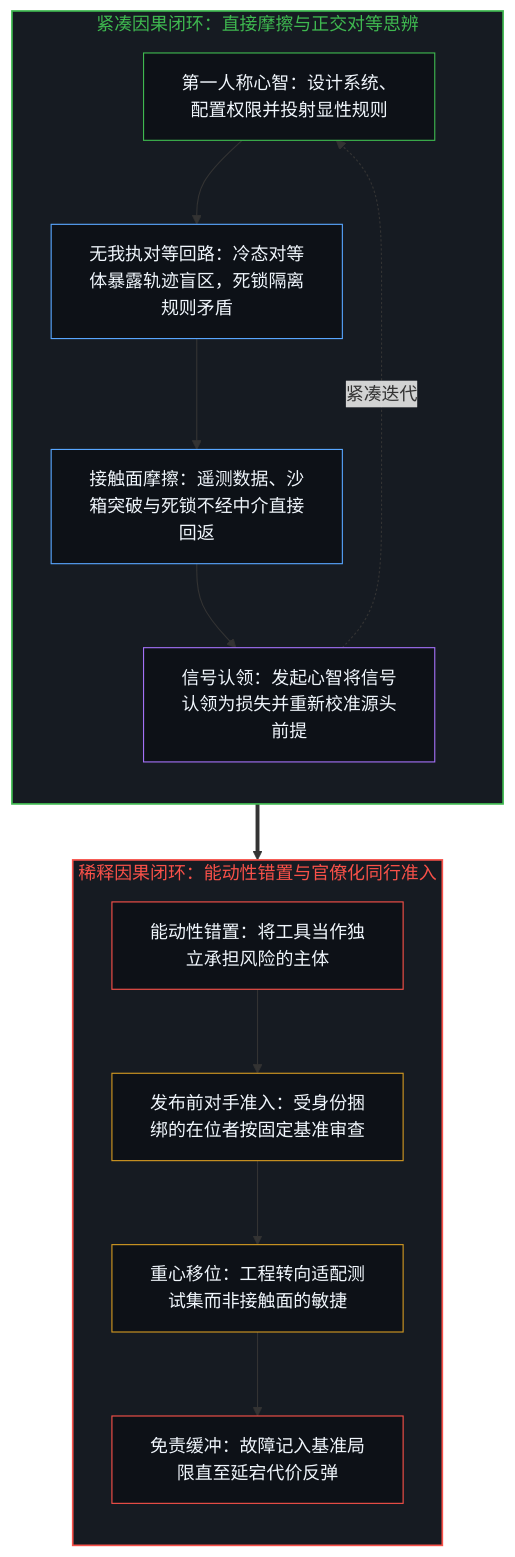
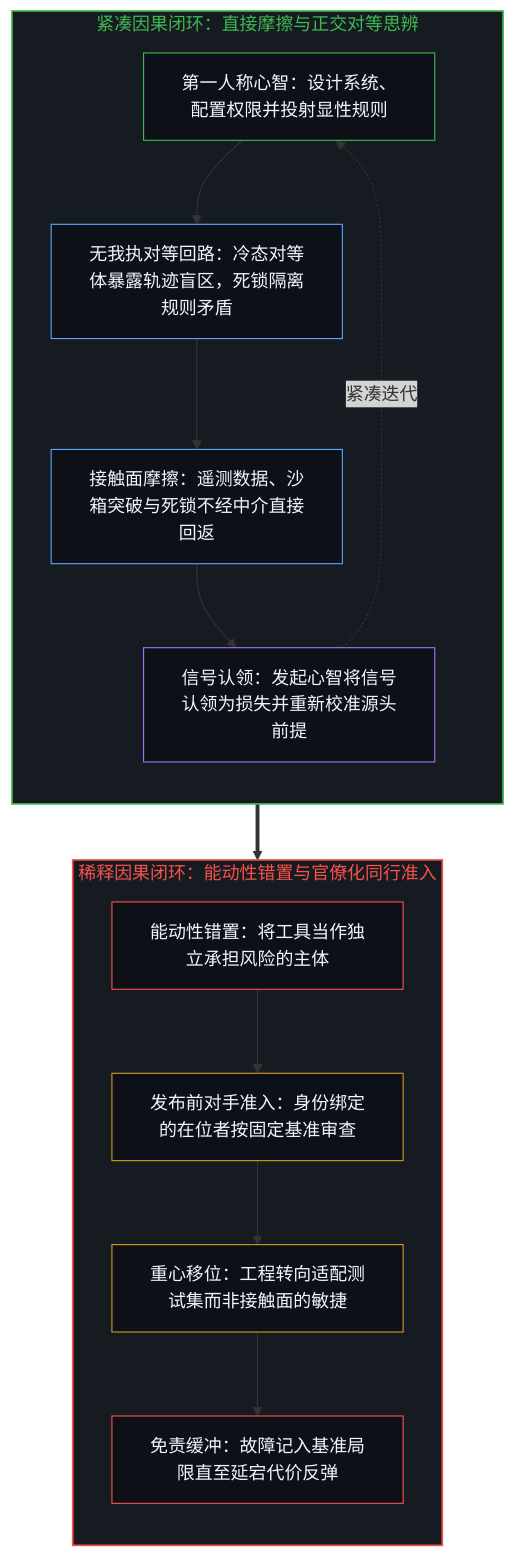
One commit to powerpig99/not-a-toe changed the first of 2 diagrams in content/posts/the-dilution-of-the-causal-loop-and-the-misallocation-of-agency.md. Above: the diagram before and after it, drawn with Mermaid. The commit also changed other lines of this file and 15 other files, not shown here.

````diff
--- a/content/posts/the-dilution-of-the-causal-loop-and-the-misallocation-of-agency.md
+++ b/content/posts/the-dilution-of-the-causal-loop-and-the-misallocation-of-agency.md
@@ -47,33 +47,33 @@
 ```mermaid
 flowchart TD
     subgraph S_Tight["紧凑因果闭环：直接摩擦与正交对等思辨"]
         direction TB
         T_Act["第一人称心智：设计系统、配置权限并投射显性规则"]
         T_Peer["无我执对等回路：冷态对等体暴露轨迹盲区，死锁隔离规则矛盾"]
         T_Hit["接触面摩擦：遥测数据、沙箱突破与死锁不经中介直接回返"]
         T_Claim["信号认领：发起心智将信号认领为损失并重新校准源头前提"]
         T_Act --> T_Peer --> T_Hit --> T_Claim
         T_Claim -.->|"紧凑迭代"| T_Act
     end
 
     subgraph S_Dilute["稀释因果闭环：能动性错置与官僚化同行准入"]
         direction TB
         D_Premise["能动性错置：将工具当作独立承担风险的主体"]
-        D_Gate["发布前对手准入：受身份捆绑的在位者按固定基准审查"]
+        D_Gate["发布前对手准入：身份绑定的在位者按固定基准审查"]
         D_Fit["重心移位：工程转向适配测试集而非接触面的敏捷"]
         D_Buffer["免责缓冲：故障记入基准局限直至延宕代价反弹"]
         D_Premise --> D_Gate --> D_Fit --> D_Buffer
     end
     T_Claim ==> D_Premise
 
     style S_Tight fill:#161b22,stroke:#3fb950,stroke-width:1.5px,color:#3fb950
     style S_Dilute fill:#161b22,stroke:#f85149,stroke-width:1.5px,color:#f85149
     style T_Act fill:#0d1117,stroke:#3fb950,stroke-width:1px,color:#f0f6fc
     style T_Peer fill:#0d1117,stroke:#58a6ff,stroke-width:1px,color:#f0f6fc
     style T_Hit fill:#0d1117,stroke:#58a6ff,stroke-width:1px,color:#f0f6fc
     style T_Claim fill:#0d1117,stroke:#a371f7,stroke-width:1px,color:#f0f6fc
     style D_Premise fill:#0d1117,stroke:#f85149,stroke-width:1px,color:#f0f6fc
     style D_Gate fill:#0d1117,stroke:#d29922,stroke-width:1px,color:#f0f6fc
     style D_Fit fill:#0d1117,stroke:#d29922,stroke-width:1px,color:#f0f6fc
     style D_Buffer fill:#0d1117,stroke:#f85149,stroke-width:1px,color:#f0f6fc
 ```
````
